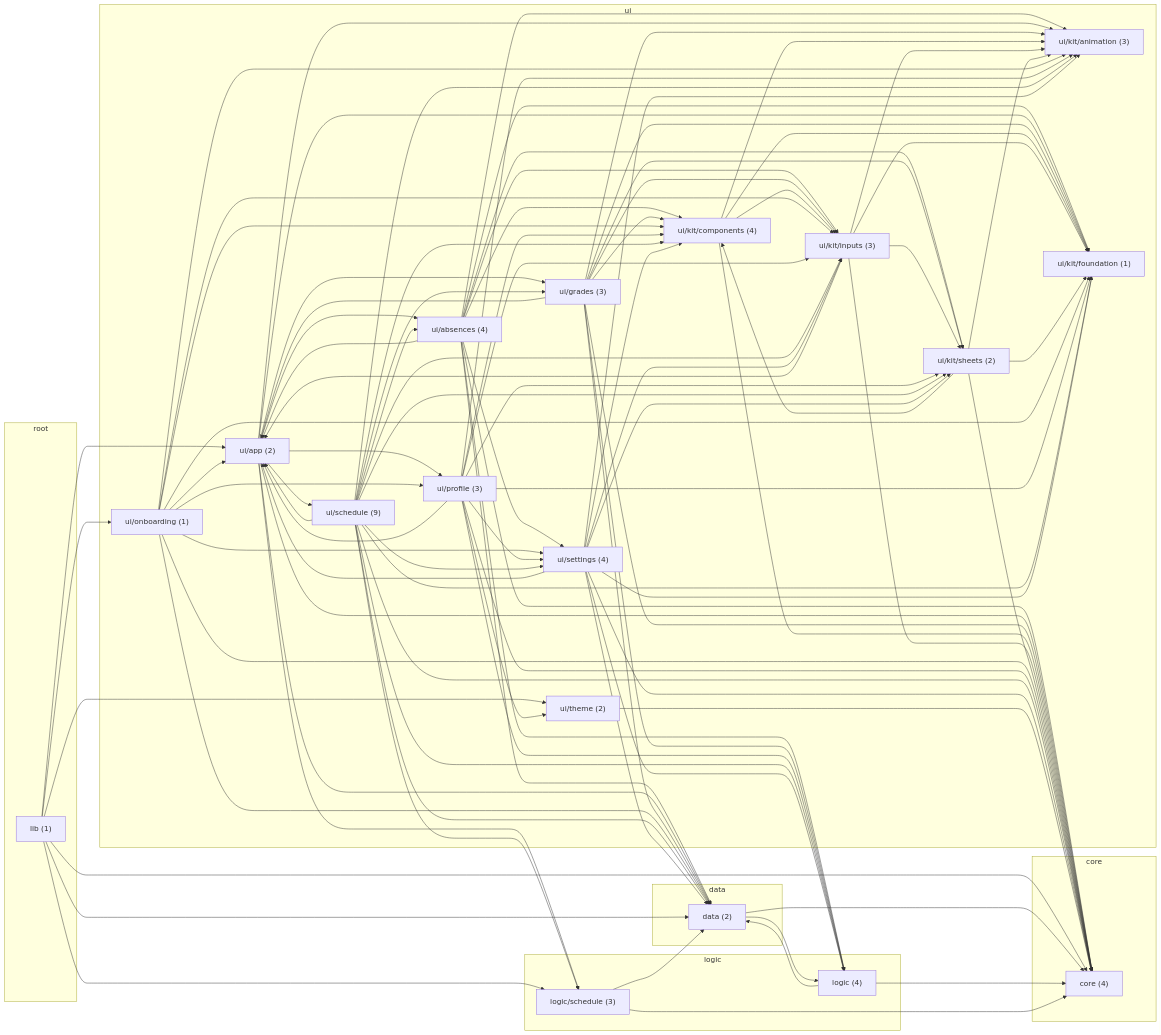
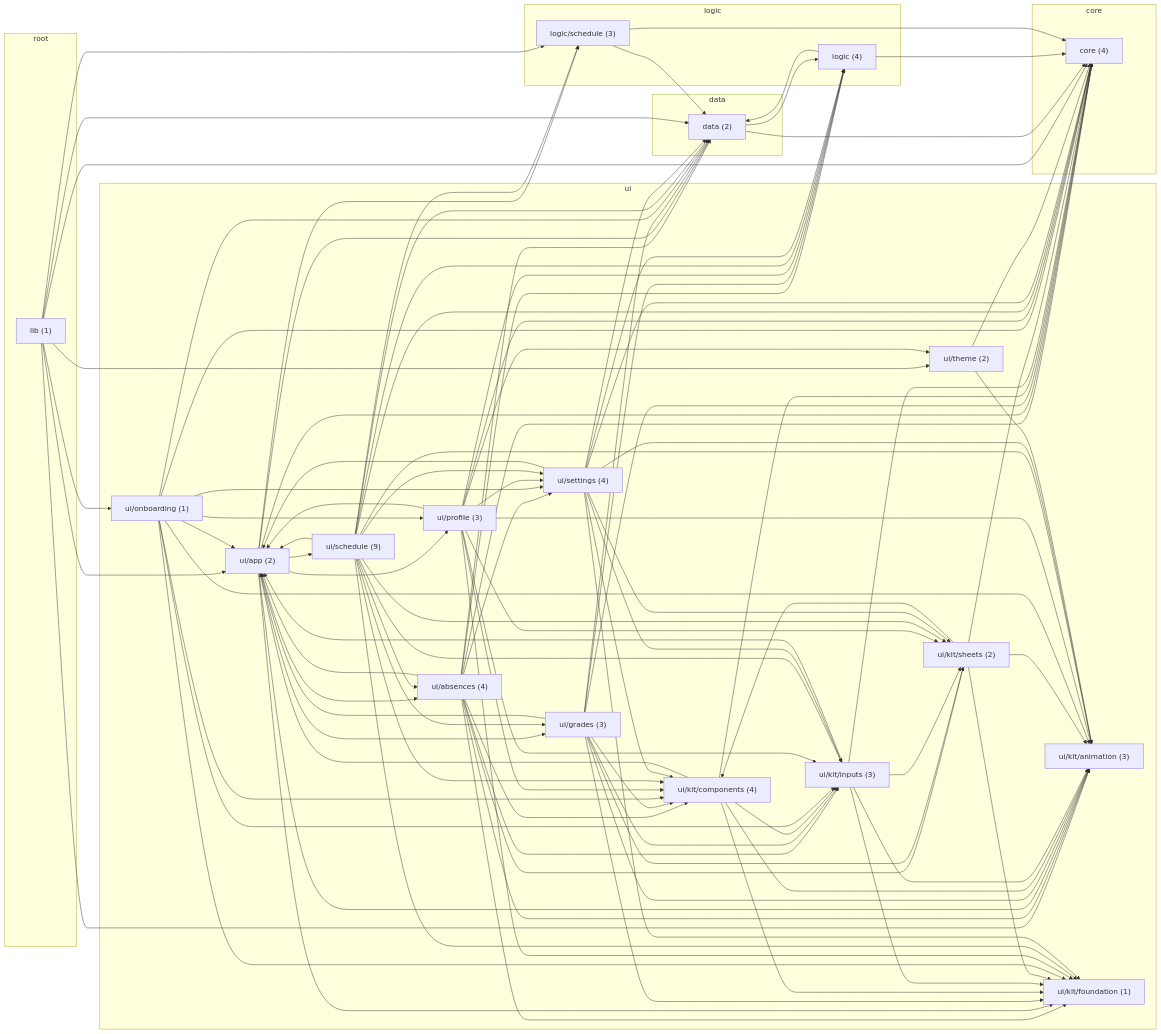
The diagram in docs/GRAPH.md (eugggeneee/journal), drawn with Mermaid before and after one commit. The commit also changed other lines of this file and 199 other files, not shown here.

````diff
--- a/docs/GRAPH.md
+++ b/docs/GRAPH.md
@@ -47,6 +47,7 @@
   lib --> lib_data
   lib --> lib_logic_schedule
   lib --> lib_ui_app
+  lib --> lib_ui_kit_animation
   lib --> lib_ui_onboarding
   lib --> lib_ui_theme
   lib_data --> lib_core
@@ -84,6 +85,7 @@
   lib_ui_grades --> lib_ui_kit_inputs
   lib_ui_grades --> lib_ui_kit_sheets
   lib_ui_kit_components --> lib_core
+  lib_ui_kit_components --> lib_ui_app
   lib_ui_kit_components --> lib_ui_kit_animation
   lib_ui_kit_components --> lib_ui_kit_foundation
   lib_ui_kit_components --> lib_ui_kit_inputs
@@ -138,4 +140,5 @@
   lib_ui_settings --> lib_ui_kit_inputs
   lib_ui_settings --> lib_ui_kit_sheets
   lib_ui_theme --> lib_core
+  lib_ui_theme --> lib_ui_kit_animation
 ```
````
